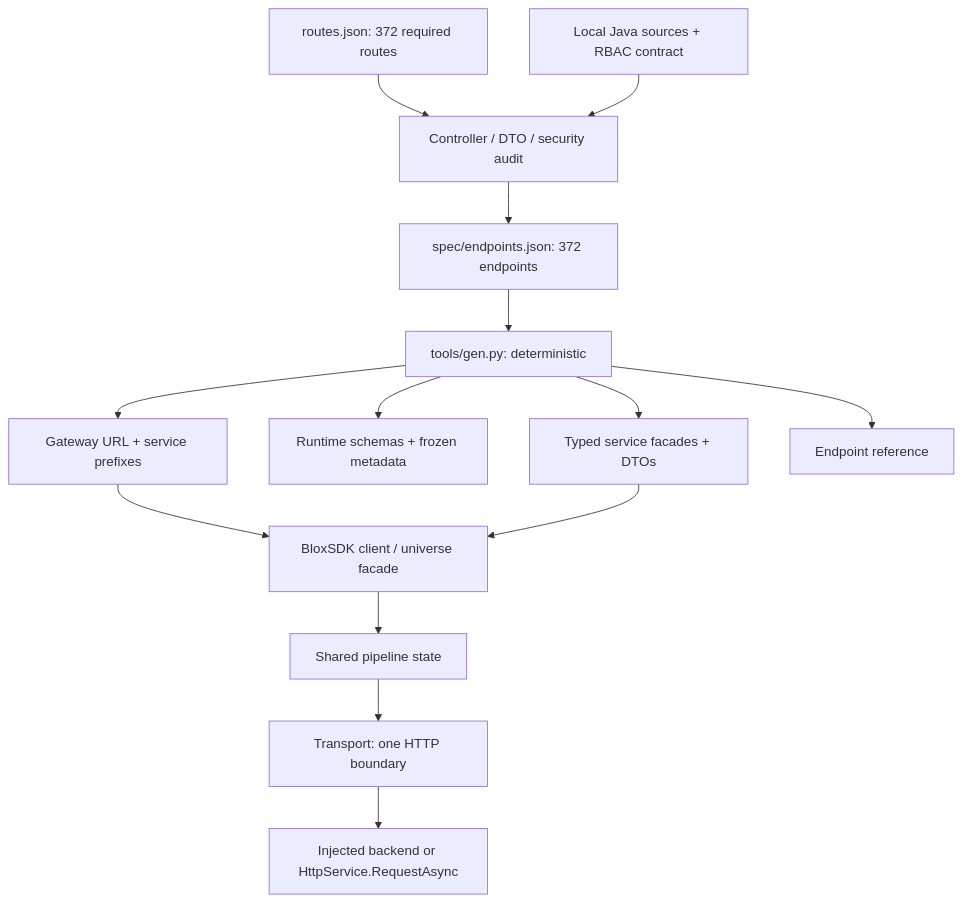
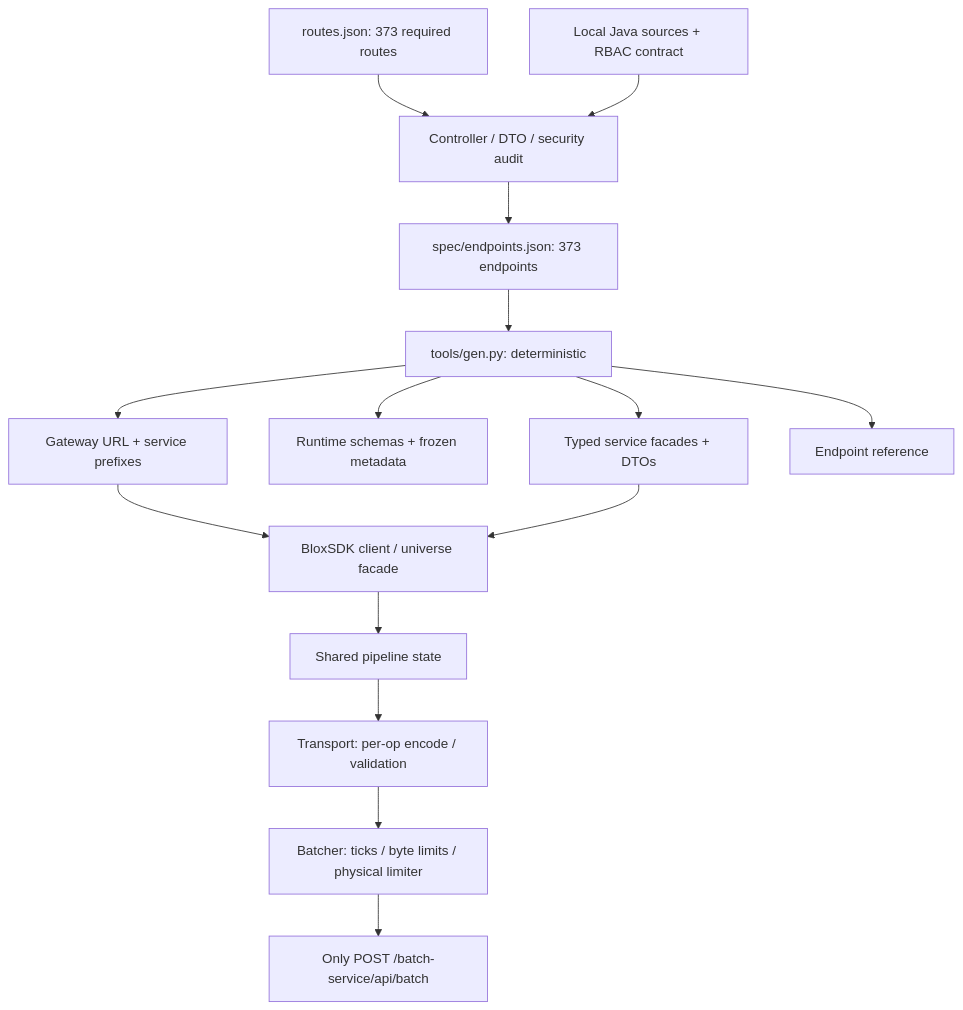
Before and after one commit to samjay22/blox-sdk: the diagram in docs/ARCHITECTURE.md, drawn with Mermaid. The commit also changed other lines of this file and 61 other files, not shown here.

````diff
--- a/docs/ARCHITECTURE.md
+++ b/docs/ARCHITECTURE.md
@@ -3,16 +3,17 @@
 ```mermaid
 flowchart TD
-  Routes[routes.json: 372 required routes] --> Audit[Controller / DTO / security audit]
+  Routes[routes.json: 373 required routes] --> Audit[Controller / DTO / security audit]
   Java[Local Java sources + RBAC contract] --> Audit
-  Audit --> Spec[spec/endpoints.json: 372 endpoints]
+  Audit --> Spec[spec/endpoints.json: 373 endpoints]
   Spec --> Generator[tools/gen.py: deterministic]
   Generator --> Services[Typed service facades + DTOs]
   Generator --> Schemas[Runtime schemas + frozen metadata]
   Generator --> Routing[Gateway URL + service prefixes]
   Routing --> Client
   Generator --> Reference[Endpoint reference]
   Services --> Client[BloxSDK client / universe facade]
   Client --> Pipeline[Shared pipeline state]
-  Pipeline --> Transport[Transport: one HTTP boundary]
-  Transport --> Backend[Injected backend or HttpService.RequestAsync]
+  Pipeline --> Transport[Transport: per-op encode / validation]
+  Transport --> Batcher[Batcher: ticks / byte limits / physical limiter]
+  Batcher --> Backend[Only POST /batch-service/api/batch]
 ```
````
